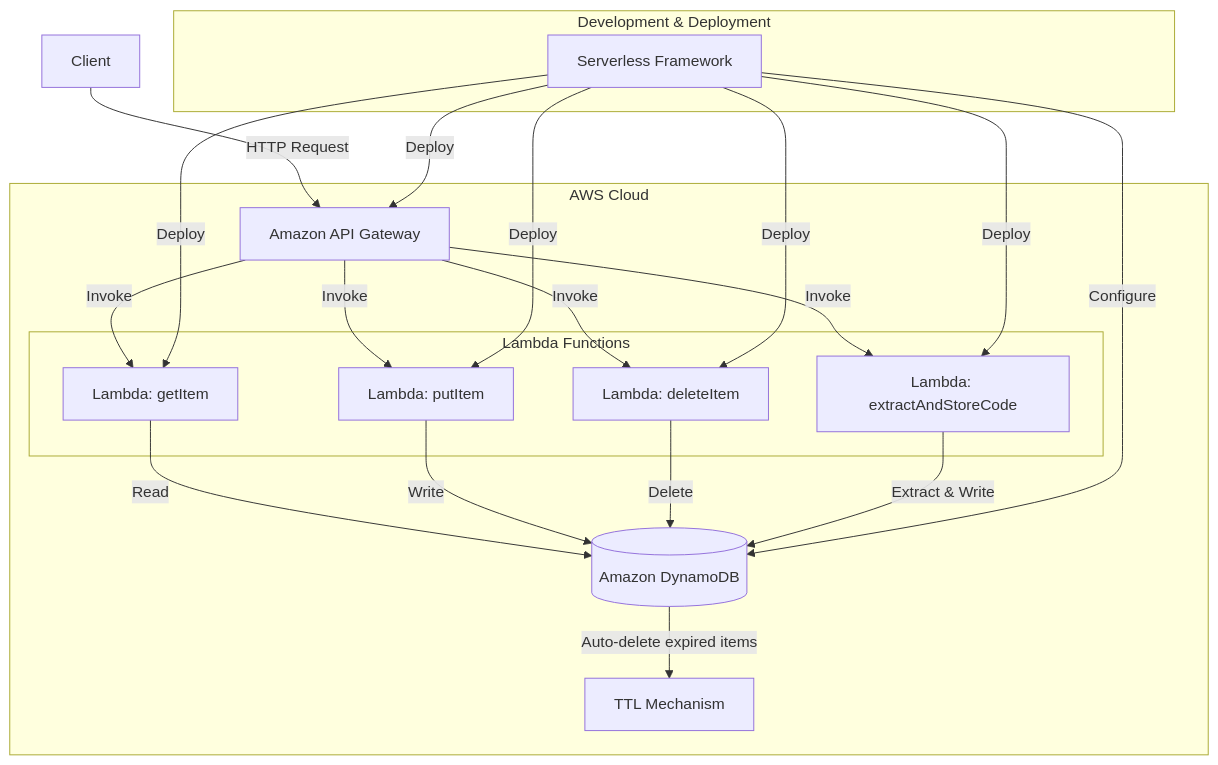
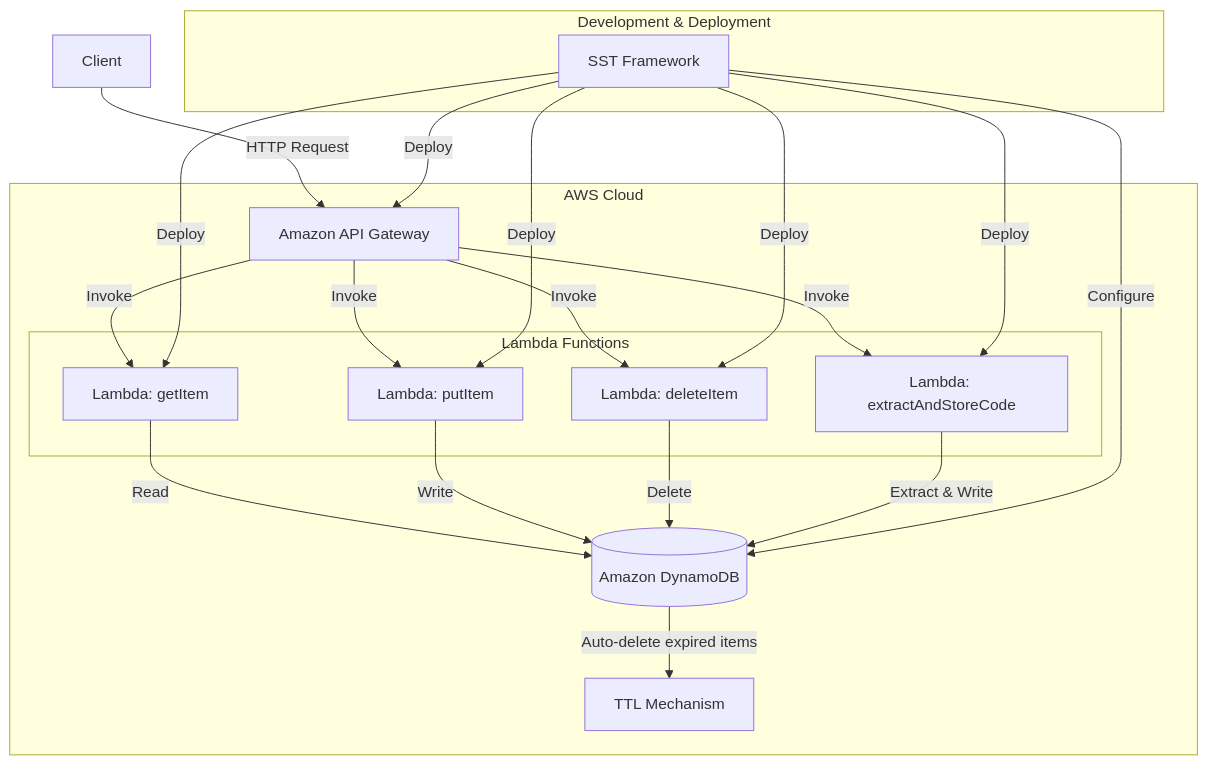
One commit to kunikada/key-value-store-api changed the diagram in CONTRIBUTING.md. Above: the diagram before and after it, drawn with Mermaid. The commit also changed other lines of this file and 38 other files, not shown here.

Commit message:
migrate from serverless framework to sst

````diff
--- a/CONTRIBUTING.md
+++ b/CONTRIBUTING.md
@@ -11,36 +37,36 @@
 ```mermaid
 graph TD
     Client[Client] -->|HTTP Request| APIG[Amazon API Gateway]
     APIG -->|Invoke| LambdaGet[Lambda: getItem]
     APIG -->|Invoke| LambdaPut[Lambda: putItem]
     APIG -->|Invoke| LambdaDel[Lambda: deleteItem]
     APIG -->|Invoke| LambdaExt[Lambda: extractAndStoreCode]
-    
+
     LambdaGet -->|Read| DDB[(Amazon DynamoDB)]
     LambdaPut -->|Write| DDB
     LambdaDel -->|Delete| DDB
     LambdaExt -->|Extract & Write| DDB
-    
+
     DDB -->|Auto-delete expired items| TTL[TTL Mechanism]
-    
+
     subgraph "AWS Cloud"
         APIG
         subgraph "Lambda Functions"
             LambdaGet
             LambdaPut
             LambdaDel
             LambdaExt
         end
         DDB
         TTL
     end
-    
+
     subgraph "Development & Deployment"
-        SF[Serverless Framework] -->|Deploy| APIG
-        SF -->|Deploy| LambdaGet
-        SF -->|Deploy| LambdaPut
-        SF -->|Deploy| LambdaDel
-        SF -->|Deploy| LambdaExt
-        SF -->|Configure| DDB
+        SST[SST Framework] -->|Deploy| APIG
+        SST -->|Deploy| LambdaGet
+        SST -->|Deploy| LambdaPut
+        SST -->|Deploy| LambdaDel
+        SST -->|Deploy| LambdaExt
+        SST -->|Configure| DDB
     end
 ```
````
